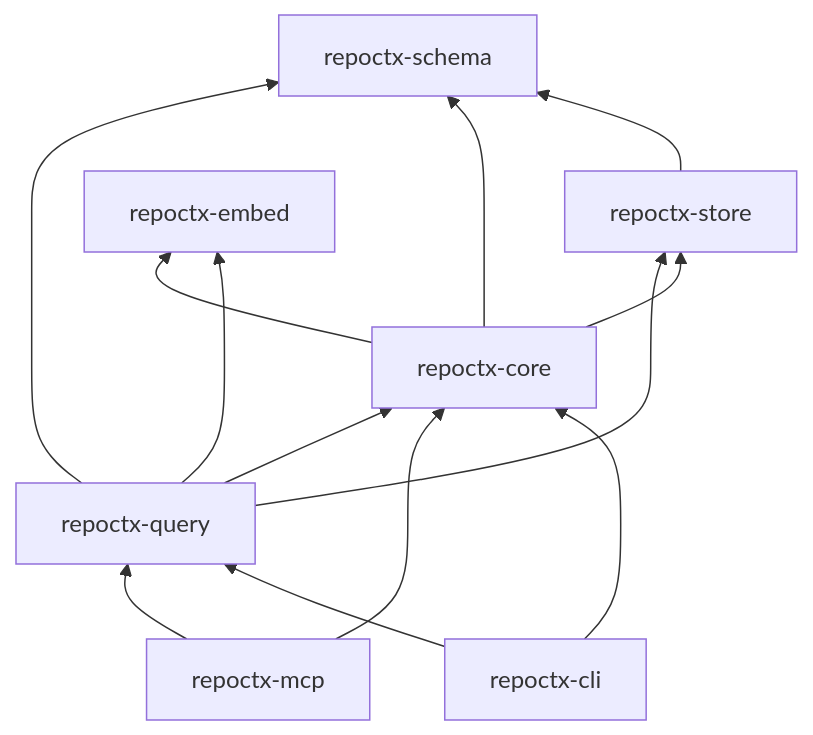
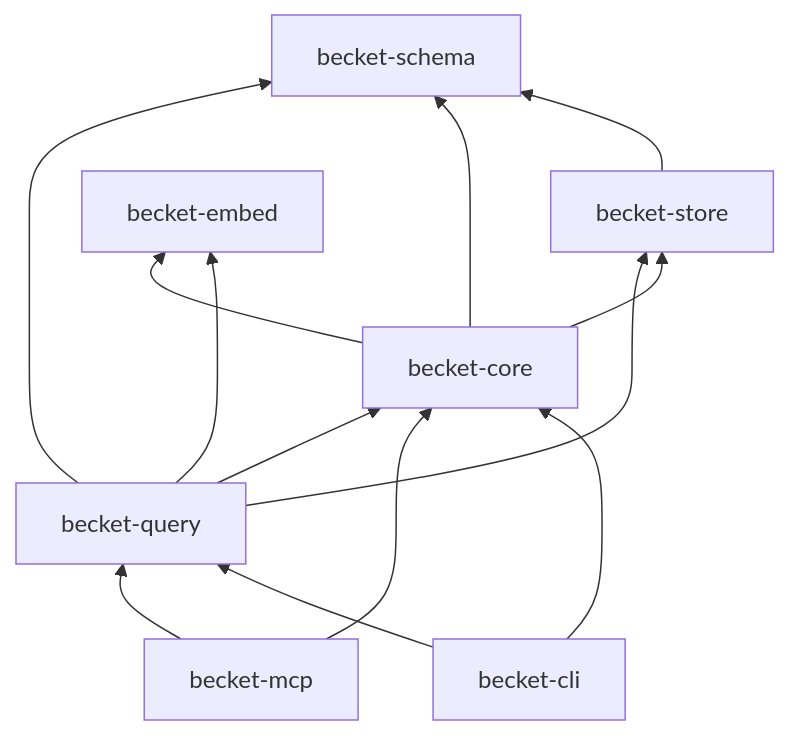
The diagram in CODEMAP.md (GabrieleRuggieri/becket), drawn with Mermaid before and after one commit. The commit also changed other lines of this file and 152 other files, not shown here.

First line of the commit message:
rename: RepoCtx → Becket (crates, CLI, MCP, docs, website)

````diff
--- a/CODEMAP.md
+++ b/CODEMAP.md
@@ -102,15 +102,15 @@
 ```mermaid
 flowchart BT
-    CLI[repoctx-cli] --> CORE[repoctx-core]
-    CLI --> QUERY[repoctx-query]
-    MCP[repoctx-mcp] --> CORE
+    CLI[becket-cli] --> CORE[becket-core]
+    CLI --> QUERY[becket-query]
+    MCP[becket-mcp] --> CORE
     MCP --> QUERY
     QUERY --> CORE
-    CORE --> STORE[repoctx-store]
+    CORE --> STORE[becket-store]
     QUERY --> STORE
-    QUERY --> EMBED[repoctx-embed]
+    QUERY --> EMBED[becket-embed]
     CORE --> EMBED
-    STORE --> SCHEMA[repoctx-schema]
+    STORE --> SCHEMA[becket-schema]
     CORE --> SCHEMA
     QUERY --> SCHEMA
 ```
````
